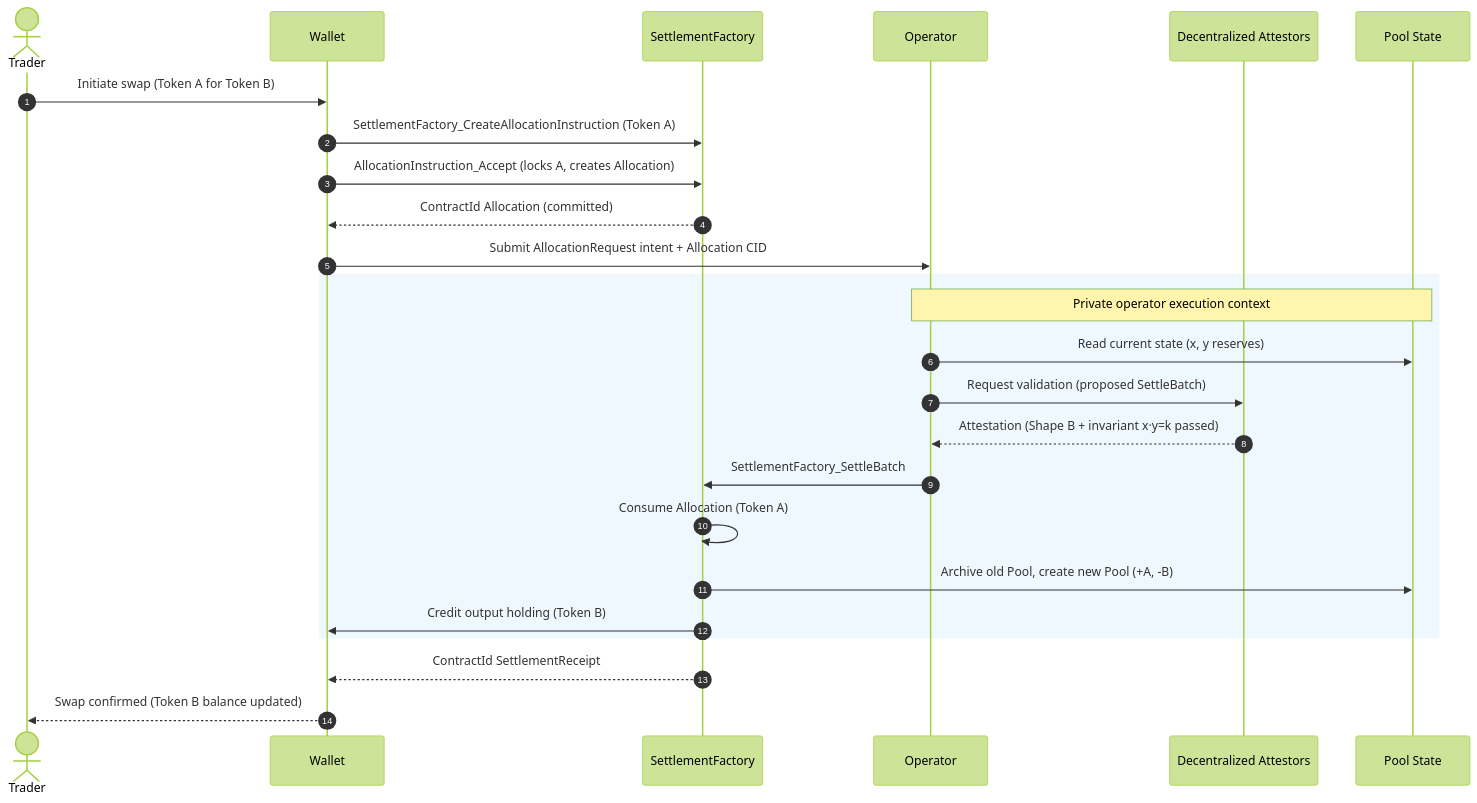
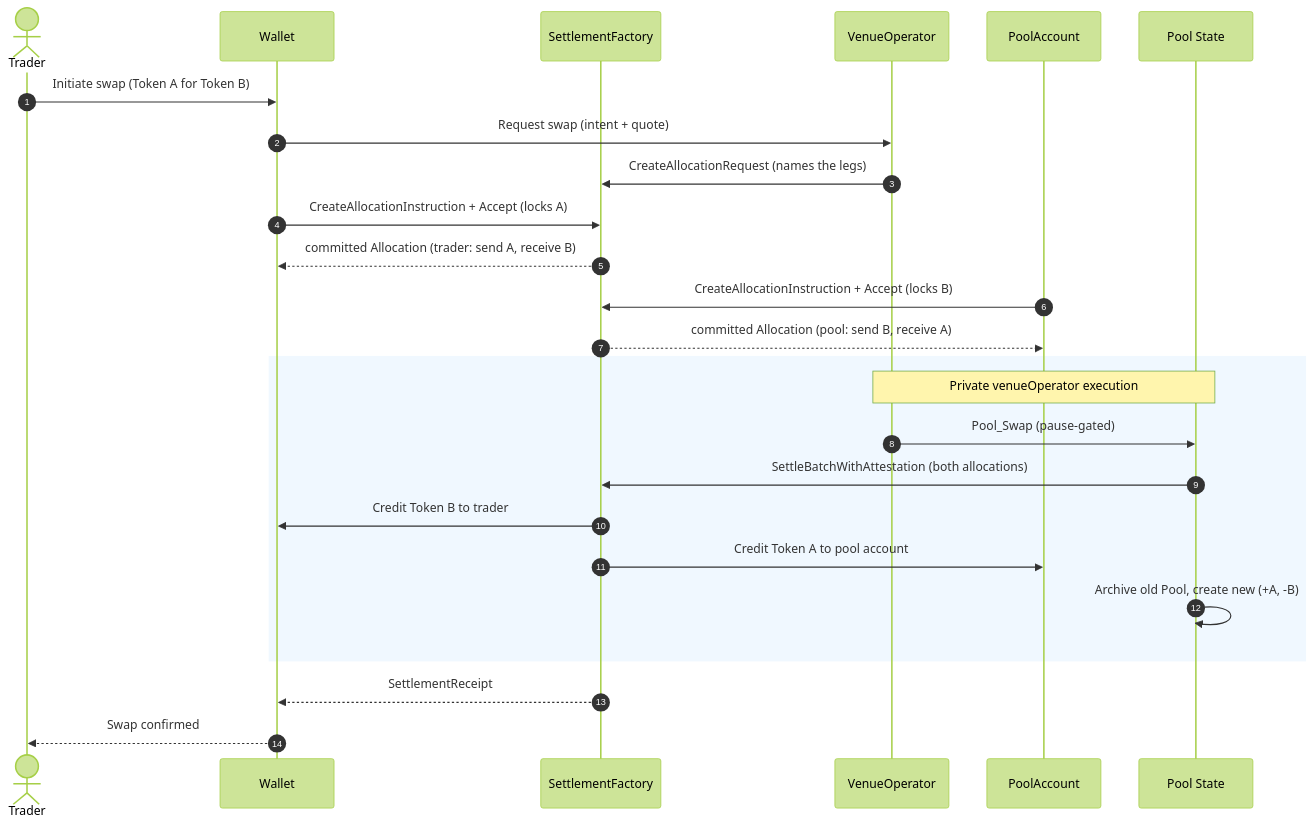
The fifth of 5 diagrams in docs/ri-reports/01-dex.md (OpenZeppelin/canton-specs), drawn with Mermaid (forest theme) before and after one commit. The commit also changed other lines of this file, not shown here.

````diff
--- a/docs/ri-reports/01-dex.md
+++ b/docs/ri-reports/01-dex.md
@@ -979,30 +323,30 @@
 ```mermaid
 sequenceDiagram
     autonumber
     actor Trader
     participant Wallet
     participant SettleFactory as SettlementFactory
-    participant Operator
-    participant Attestors as Decentralized Attestors
+    participant VenueOperator
+    participant PoolAccount
     participant PoolContract as Pool State
 
     Trader->>Wallet: Initiate swap (Token A for Token B)
-    Wallet->>SettleFactory: SettlementFactory_CreateAllocationInstruction (Token A)
-    Wallet->>SettleFactory: AllocationInstruction_Accept (locks A, creates Allocation)
-    SettleFactory-->>Wallet: ContractId Allocation (committed)
-    Wallet->>Operator: Submit AllocationRequest intent + Allocation CID
+    Wallet->>VenueOperator: Request swap (intent + quote)
+    VenueOperator->>SettleFactory: CreateAllocationRequest (names the legs)
+    Wallet->>SettleFactory: CreateAllocationInstruction + Accept (locks A)
+    SettleFactory-->>Wallet: committed Allocation (trader: send A, receive B)
+    PoolAccount->>SettleFactory: CreateAllocationInstruction + Accept (locks B)
+    SettleFactory-->>PoolAccount: committed Allocation (pool: send B, receive A)
 
     rect rgb(240, 248, 255)
-    Note over Operator, PoolContract: Private operator execution context
-    Operator->>PoolContract: Read current state (x, y reserves)
-    Operator->>Attestors: Request validation (proposed SettleBatch)
-    Attestors-->>Operator: Attestation (Shape B + invariant x·y=k passed)
-    Operator->>SettleFactory: SettlementFactory_SettleBatch
-    SettleFactory->>SettleFactory: Consume Allocation (Token A)
-    SettleFactory->>PoolContract: Archive old Pool, create new Pool (+A, -B)
-    SettleFactory->>Wallet: Credit output holding (Token B)
+    Note over VenueOperator, PoolContract: Private venueOperator execution
+    VenueOperator->>PoolContract: Pool_Swap (pause-gated)
+    PoolContract->>SettleFactory: SettleBatchWithAttestation (both allocations)
+    SettleFactory->>Wallet: Credit Token B to trader
+    SettleFactory->>PoolAccount: Credit Token A to pool account
+    PoolContract->>PoolContract: Archive old Pool, create new (+A, -B)
     end
 
-    SettleFactory-->>Wallet: ContractId SettlementReceipt
-    Wallet-->>Trader: Swap confirmed (Token B balance updated)
+    SettleFactory-->>Wallet: SettlementReceipt
+    Wallet-->>Trader: Swap confirmed
 ```
````
